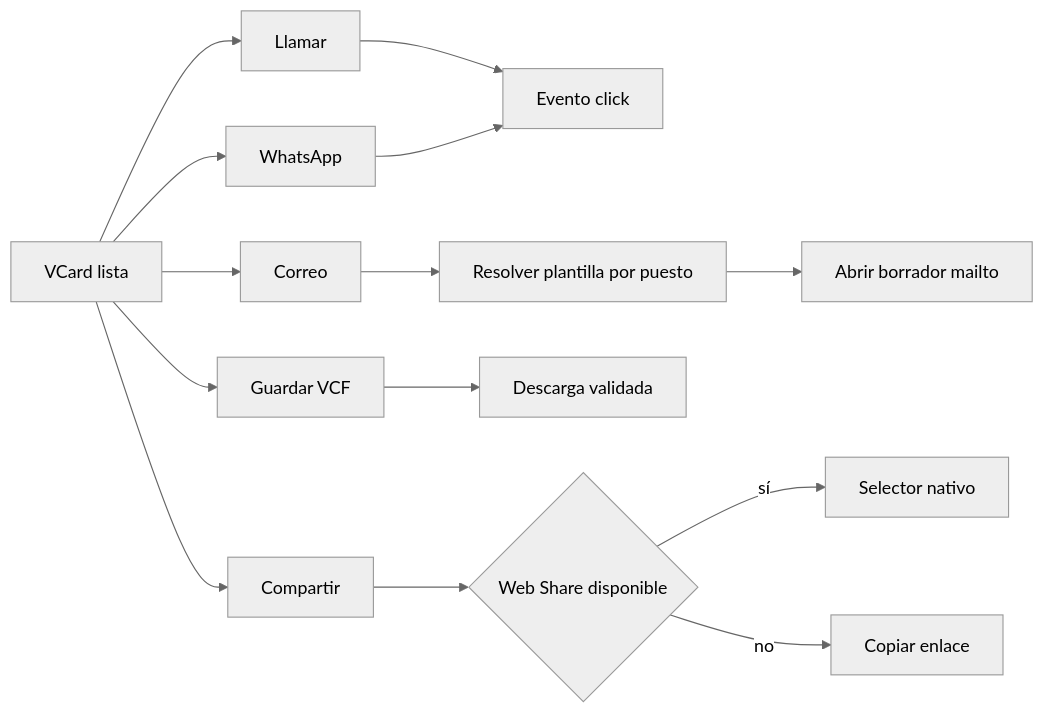
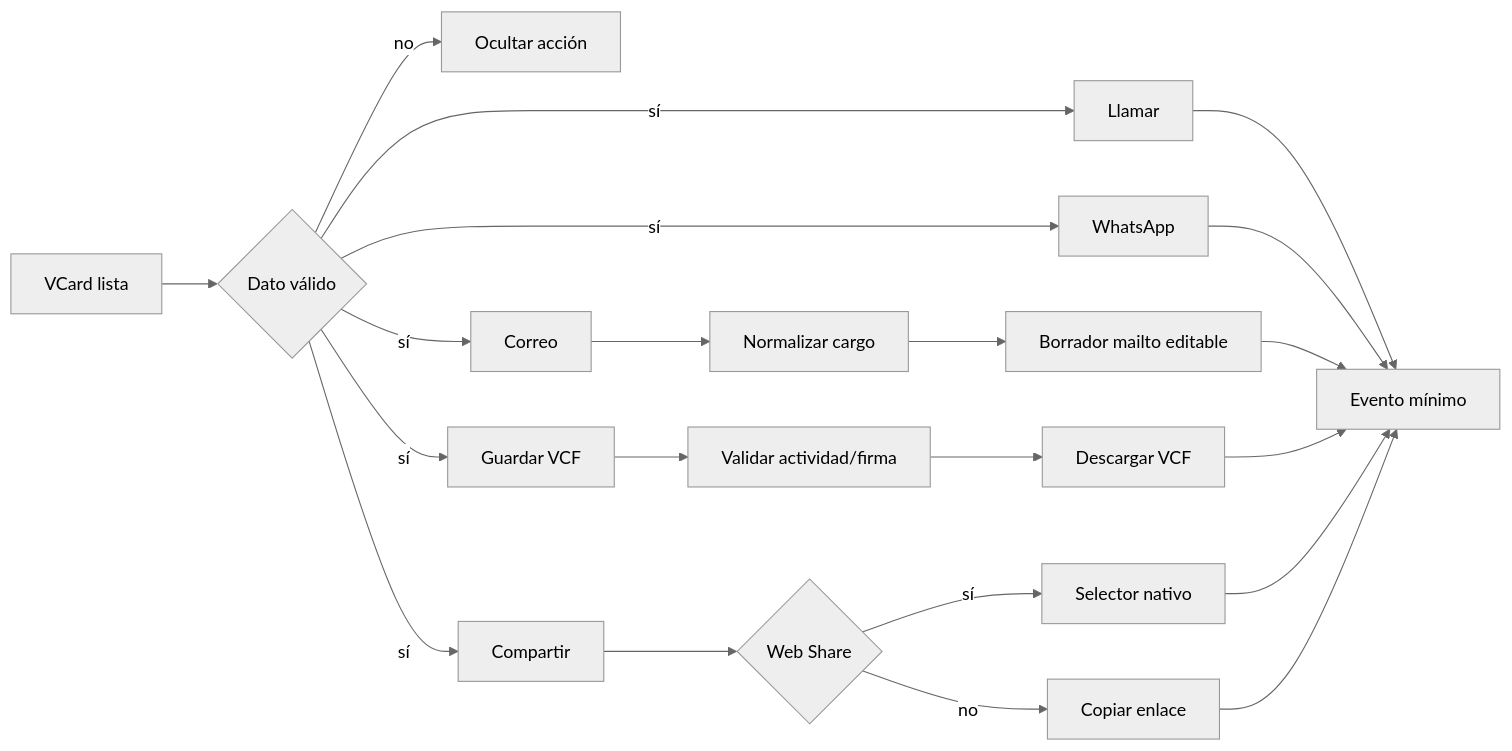
The fourth of 12 diagrams in docs/v2/APP_FLOW.md (LORDMANUEL/vcards-qr-suite-V2), drawn with Mermaid (neutral theme) before and after one commit. The commit also changed other lines of this file and 3 other files, not shown here.

Commit message:
Expand product UX and full system flows

````diff
--- a/docs/v2/APP_FLOW.md
+++ b/docs/v2/APP_FLOW.md
@@ -73,16 +94,23 @@
 ```mermaid
 flowchart LR
-    CARD[VCard lista] --> CALL[Llamar]
-    CARD --> WA[WhatsApp]
-    CARD --> EMAIL[Correo]
-    CARD --> VCF[Guardar VCF]
-    CARD --> SHARE[Compartir]
-    CALL --> EVENT[Evento click]
-    WA --> EVENT
-    EMAIL --> ROLEMAIL[Resolver plantilla por puesto]
-    ROLEMAIL --> DRAFT[Abrir borrador mailto]
-    VCF --> DOWNLOAD[Descarga validada]
-    SHARE --> NATIVE{Web Share disponible}
-    NATIVE -->|sí| SHAREUI[Selector nativo]
-    NATIVE -->|no| COPY[Copiar enlace]
+  READY[VCard lista] --> HAS{Dato válido}
+  HAS -->|no| HIDE[Ocultar acción]
+  HAS -->|sí| CALL[Llamar]
+  HAS -->|sí| WA[WhatsApp]
+  HAS -->|sí| MAIL[Correo]
+  HAS -->|sí| SAVE[Guardar VCF]
+  HAS -->|sí| SHARE[Compartir]
+  MAIL --> ROLE[Normalizar cargo]
+  ROLE --> DRAFT[Borrador mailto editable]
+  SAVE --> POLICY[Validar actividad/firma]
+  POLICY --> VCF[Descargar VCF]
+  SHARE --> WS{Web Share}
+  WS -->|sí| NATIVE[Selector nativo]
+  WS -->|no| COPY[Copiar enlace]
+  CALL --> EVENT[Evento mínimo]
+  WA --> EVENT
+  DRAFT --> EVENT
+  VCF --> EVENT
+  NATIVE --> EVENT
+  COPY --> EVENT
 ```
````
